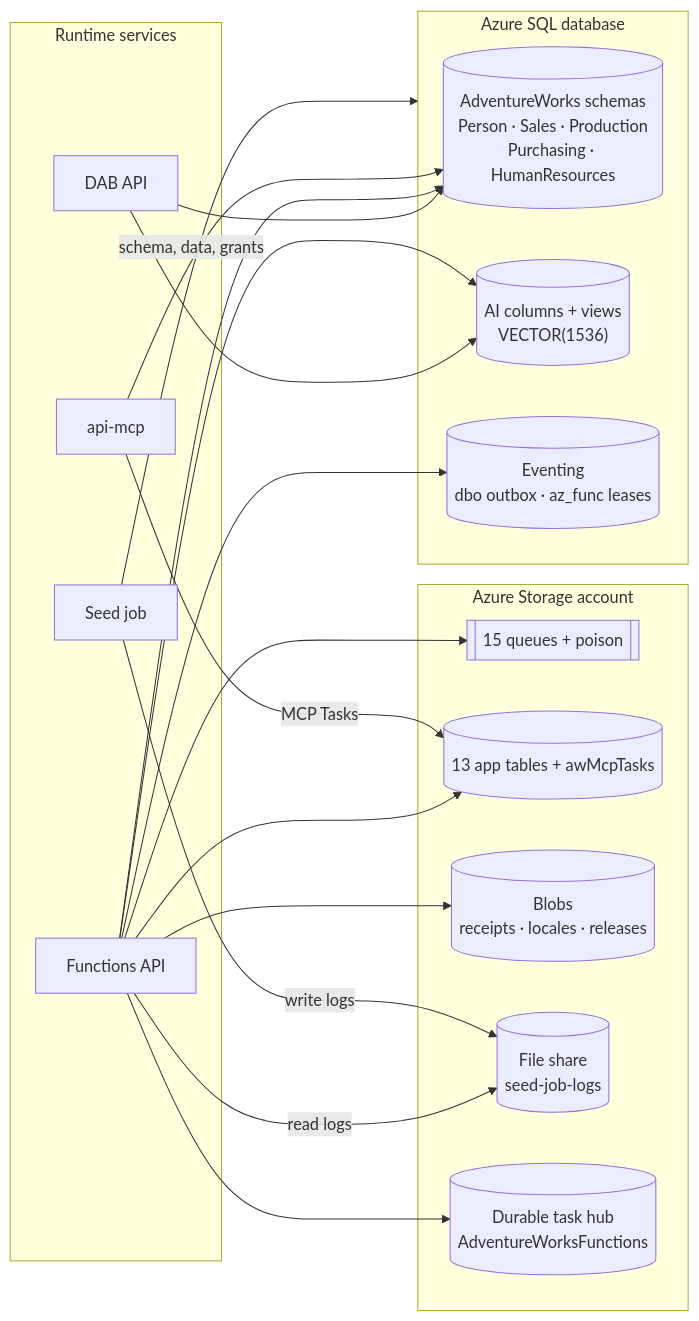
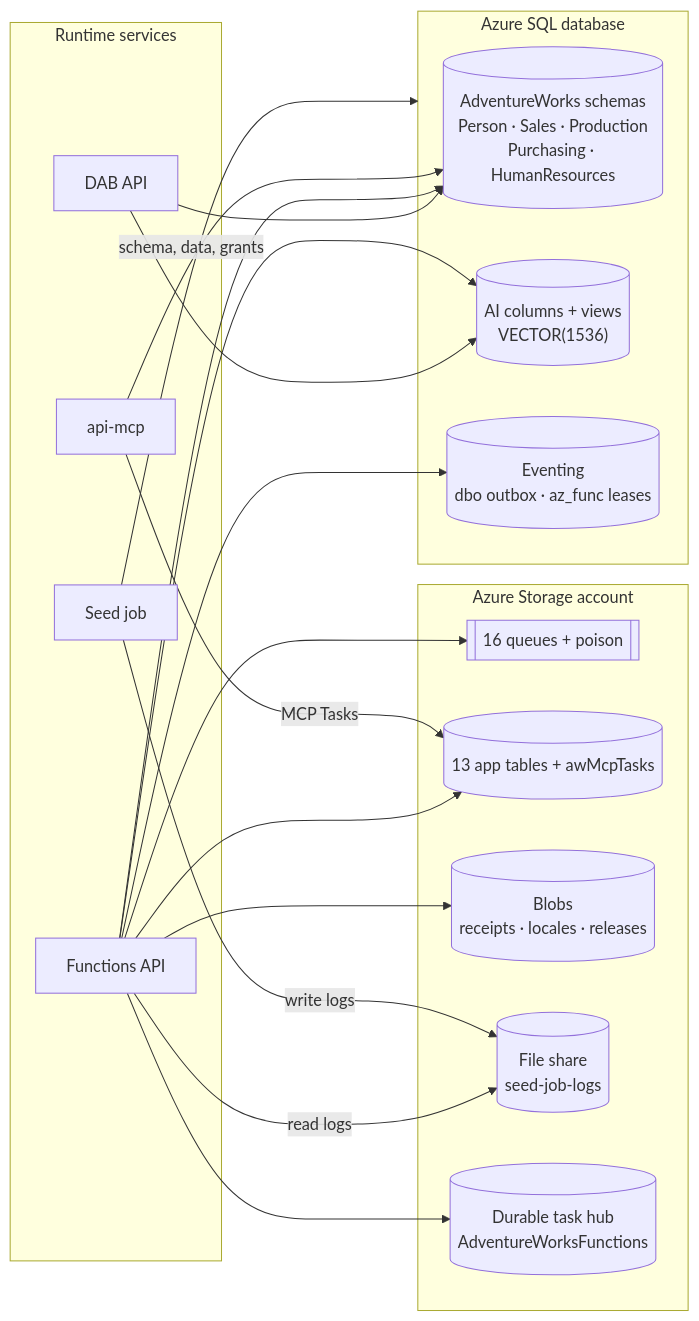
One commit to ahems/AdventureWorks changed the first of 3 diagrams in docs/architecture/data-stores.md. Above: the diagram before and after it, drawn with Mermaid. The commit also changed other lines of this file and 453 other files, not shown here.

````diff
--- a/docs/architecture/data-stores.md
+++ b/docs/architecture/data-stores.md
@@ -19,38 +19,38 @@
 ```mermaid
 flowchart LR
   subgraph clients["Runtime services"]
     dab["DAB API"]
     fn["Functions API"]
     mcp["api-mcp"]
     seed["Seed job"]
   end
 
   subgraph sql["Azure SQL database"]
     biz[("AdventureWorks schemas<br/>Person · Sales · Production<br/>Purchasing · HumanResources")]
     ai[("AI columns + views<br/>VECTOR(1536)")]
     evt[("Eventing<br/>dbo outbox · az_func leases")]
   end
 
   subgraph st["Azure Storage account"]
-    q[["15 queues + poison"]]
+    q[["16 queues + poison"]]
     t[("13 app tables + awMcpTasks")]
     b[("Blobs<br/>receipts · locales · releases")]
     f[("File share<br/>seed-job-logs")]
     d[("Durable task hub<br/>AdventureWorksFunctions")]
   end
 
   dab --> biz
   dab --> ai
   fn --> biz
   fn --> ai
   fn --> evt
   fn --> q
   fn --> t
   fn --> b
   fn --> d
   fn -->|"read logs"| f
   mcp --> biz
   mcp -->|"MCP Tasks"| t
   seed -->|"schema, data, grants"| sql
   seed -->|"write logs"| f
 ```
````
